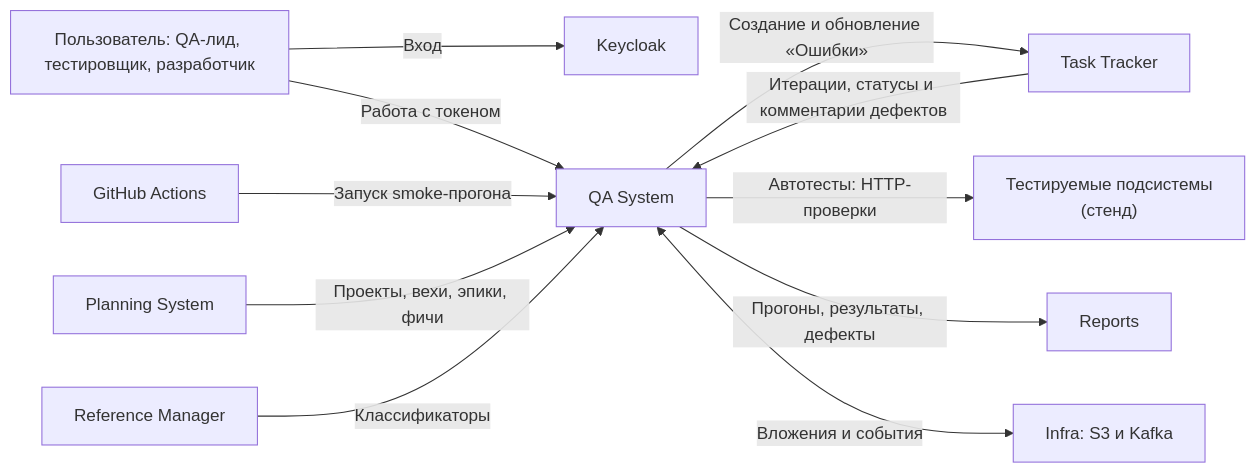
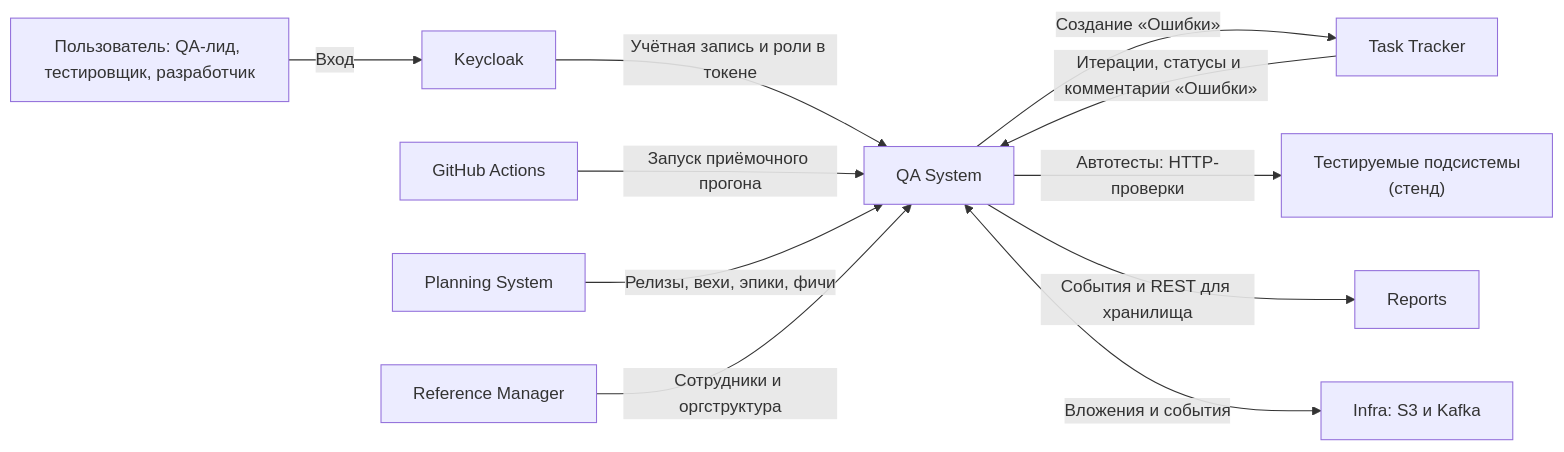
The first of 6 diagrams in qa/docs/vision.md (MEPhI-C22-501/arch-info-system-monorepo), drawn with Mermaid before and after one commit. The commit also changed other lines of this file and 36 other files, not shown here.

````diff
--- a/qa/docs/vision.md
+++ b/qa/docs/vision.md
@@ -28,24 +32,24 @@
 ```mermaid
 flowchart LR
     U["Пользователь: QA-лид, тестировщик, разработчик"]
     CI["GitHub Actions"]
     K["Keycloak"]
     QA["QA System"]
     TT["Task Tracker"]
     PS["Planning System"]
     RM["Reference Manager"]
     REP["Reports"]
     INF["Infra: S3 и Kafka"]
     SUT["Тестируемые подсистемы<br/>(стенд)"]
 
     U -->|"Вход"| K
-    U -->|"Работа с токеном"| QA
-    CI -->|"Запуск smoke-прогона"| QA
-    TT -->|"Итерации, статусы и комментарии дефектов"| QA
-    QA -->|"Создание и обновление «Ошибки»"| TT
-    PS -->|"Проекты, вехи, эпики, фичи"| QA
-    RM -->|"Классификаторы"| QA
+    K -->|"Учётная запись и роли в токене"| QA
+    CI -->|"Запуск приёмочного прогона"| QA
+    TT -->|"Итерации, статусы и комментарии «Ошибки»"| QA
+    QA -->|"Создание «Ошибки»"| TT
+    PS -->|"Релизы, вехи, эпики, фичи"| QA
+    RM -->|"Сотрудники и оргструктура"| QA
     QA -->|"Автотесты: HTTP-проверки"| SUT
-    QA -->|"Прогоны, результаты, дефекты"| REP
+    QA -->|"События и REST для хранилища"| REP
     QA <-->|"Вложения и события"| INF
 ```
````
